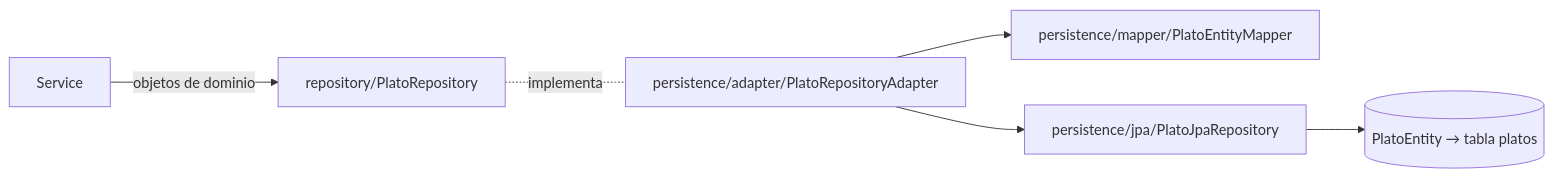
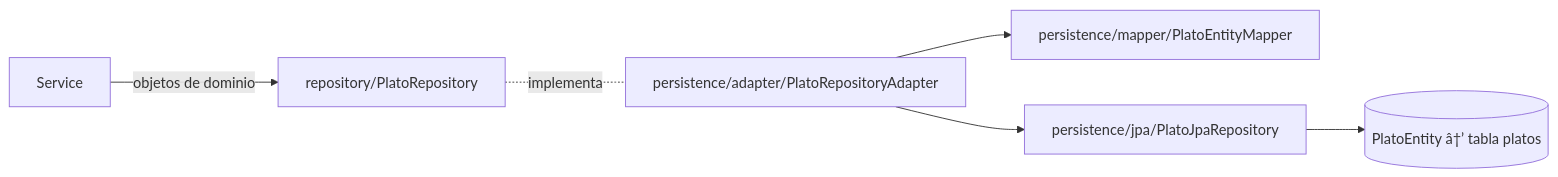
Before and after one commit to JulianMorales2003/Bitacora_Corte2_JulianMorales: the second of 4 diagrams in README.md, drawn with Mermaid. The commit also changed other lines of this file and 7 other files, not shown here.

````diff
--- a/README.md
+++ b/README.md
@@ -209,8 +209,8 @@
 ```mermaid
 flowchart LR
     S[Service] -->|objetos de dominio| R[repository/PlatoRepository]
     R -.implementa.- A[persistence/adapter/PlatoRepositoryAdapter]
     A --> M[persistence/mapper/PlatoEntityMapper]
     A --> J[persistence/jpa/PlatoJpaRepository]
-    J --> E[(PlatoEntity → tabla platos)]
+    J --> E[(PlatoEntity â†’ tabla platos)]
 ```
````
